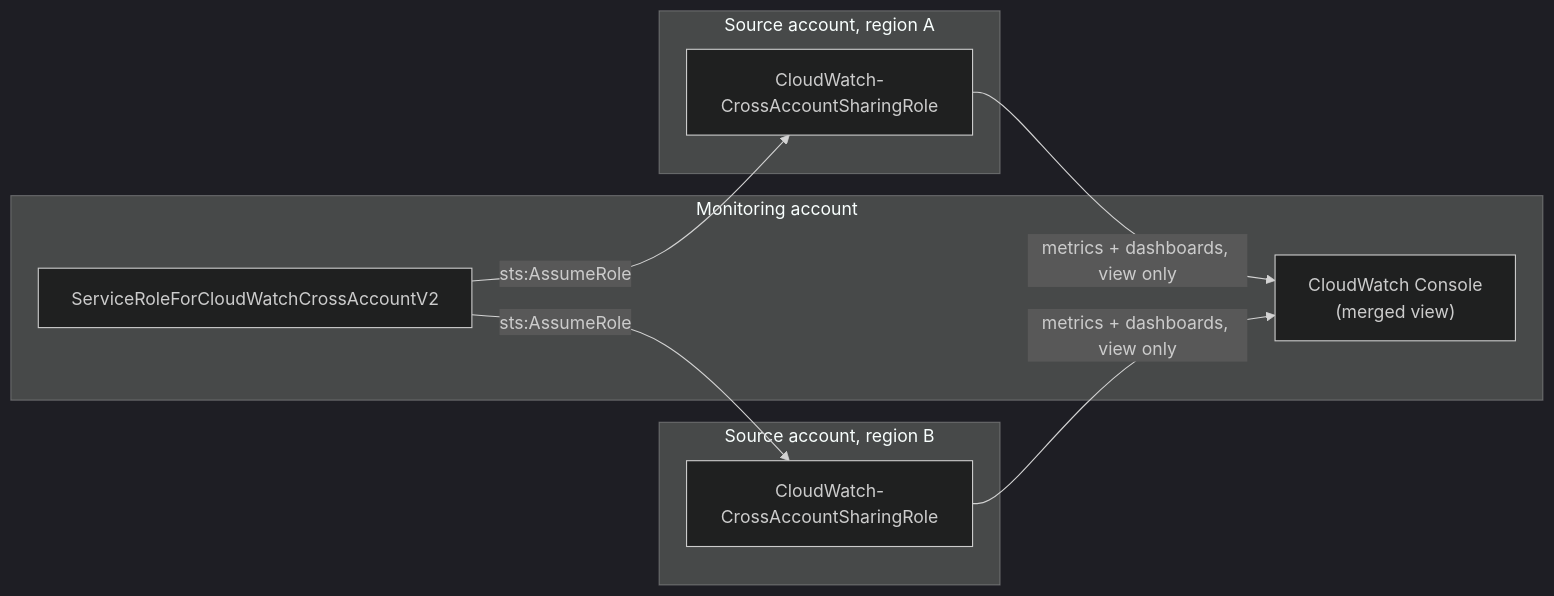
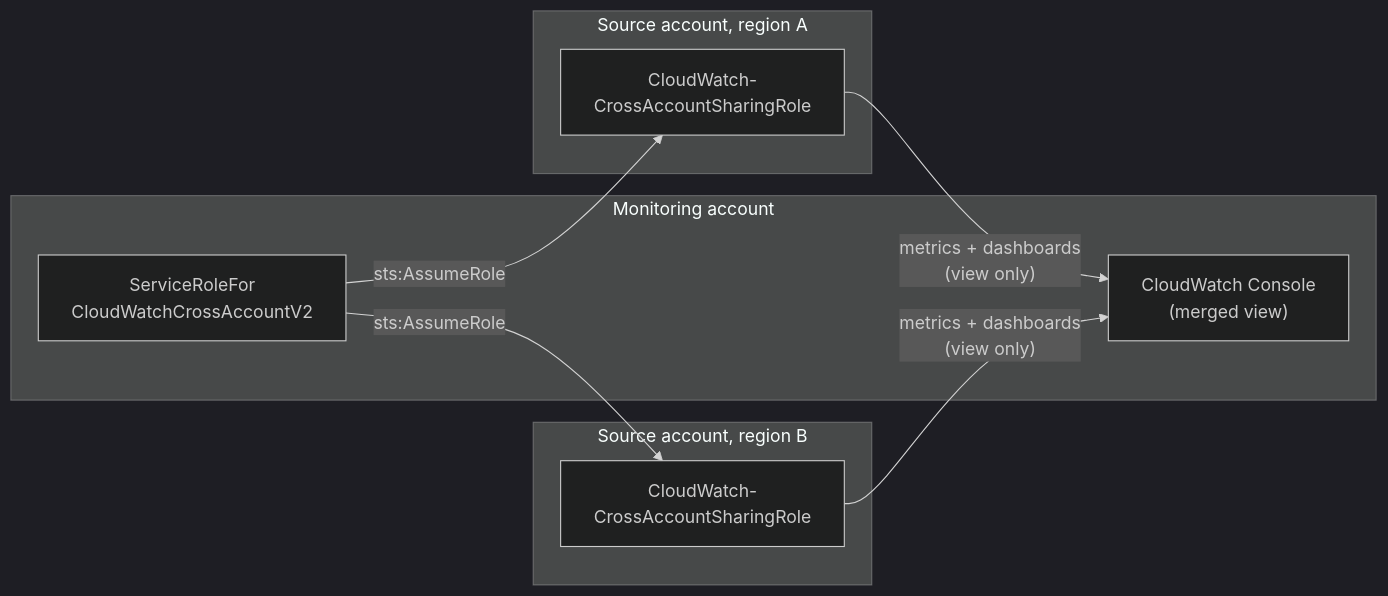
Before and after one commit to brodul/cloudwatch-presentation: the second of 3 diagrams in slides/cloudwatch-meetup.md, drawn with Mermaid (dark theme). The commit also changed other lines of this file, not shown here.

````diff
--- a/slides/cloudwatch-meetup.md
+++ b/slides/cloudwatch-meetup.md
@@ -245,17 +255,17 @@
 ```mermaid
 flowchart LR
     subgraph mon["Monitoring account"]
-        role1["ServiceRoleForCloudWatchCrossAccountV2"]
+        role1["ServiceRoleFor<br/>CloudWatchCrossAccountV2"]
         console["CloudWatch Console<br/>(merged view)"]
     end
     subgraph src1["Source account, region A"]
-        share1["CloudWatch-CrossAccountSharingRole"]
+        share1["CloudWatch-<br/>CrossAccountSharingRole"]
     end
     subgraph src2["Source account, region B"]
-        share2["CloudWatch-CrossAccountSharingRole"]
+        share2["CloudWatch-<br/>CrossAccountSharingRole"]
     end
     role1 -->|sts:AssumeRole| share1
     role1 -->|sts:AssumeRole| share2
-    share1 -->|metrics + dashboards, view only| console
-    share2 -->|metrics + dashboards, view only| console
+    share1 -->|"metrics + dashboards<br/>(view only)"| console
+    share2 -->|"metrics + dashboards<br/>(view only)"| console
 ```
````
